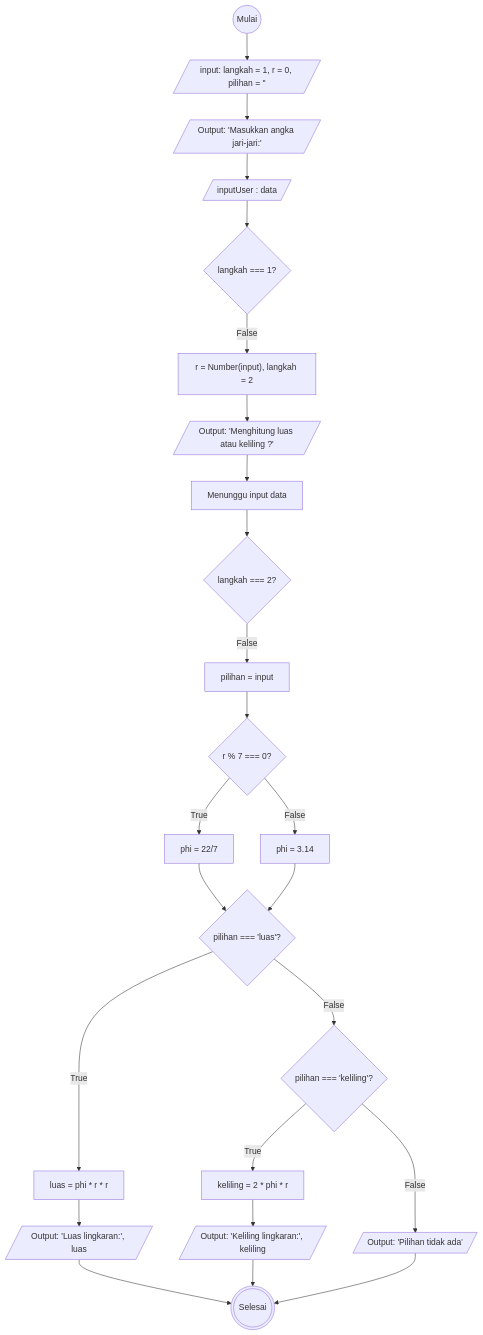
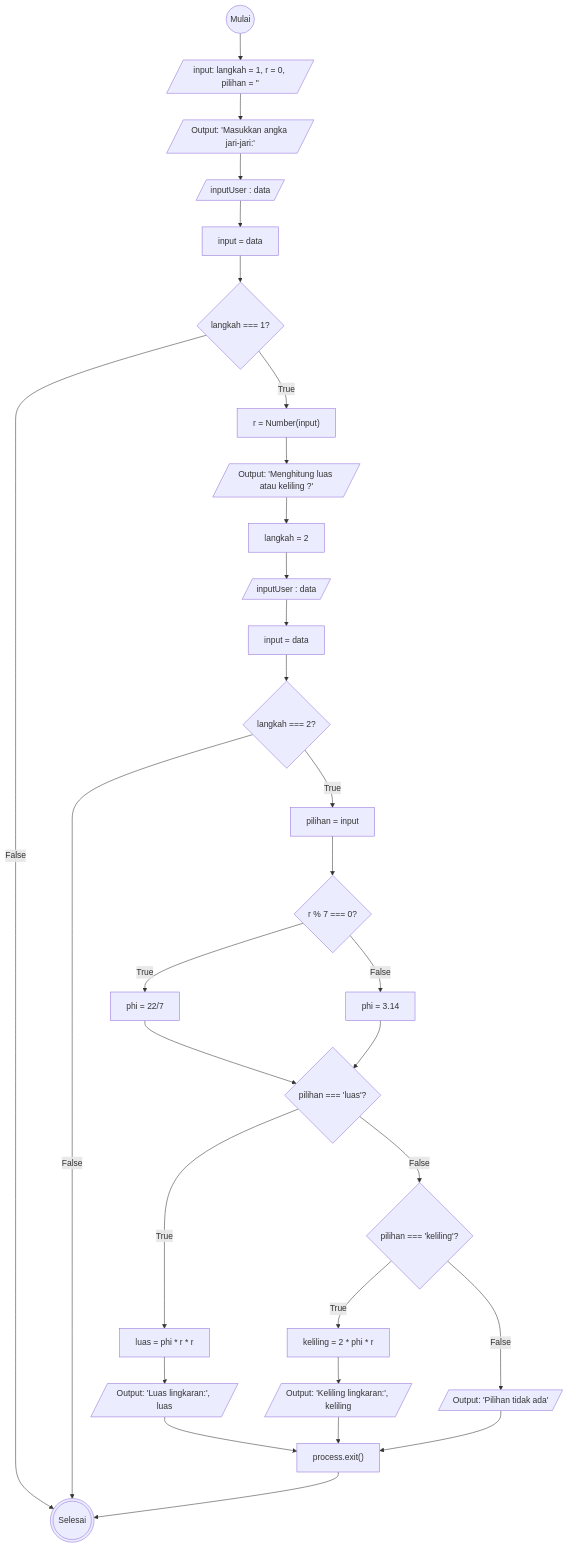
Before and after one commit to adityabastyas/koda-b6-homework2: the diagram in hitung-luas-dan-keliling-lingkaran.md, drawn with Mermaid.

Commit message:
Refactor flowchart for circle area and perimeter

````diff
--- a/hitung-luas-dan-keliling-lingkaran.md
+++ b/hitung-luas-dan-keliling-lingkaran.md
@@ -1,50 +1,58 @@
 ```mermaid
 flowchart TD
   Start@{shape: circle, label: "Mulai"}
   Init@{shape: lean-r, label: "input: langkah = 1, r = 0, pilihan = ''"}
   Output1@{shape: lean-r, label: "Output: 'Masukkan angka jari-jari:'"}
-  WaitInput1@{shape: lean-r, label: " inputUser : data"}
+  WaitInput1@{shape: lean-r, label: "inputUser : data"}
+  letInput@{shape: rect, label: "input = data"}
   CekLangkah1@{shape: diamond, label: "langkah === 1?"}
-  Proses1@{shape: rect, label: "r = Number(input), langkah = 2"}
+  Proses1@{shape: rect, label: "r = Number(input)"}
   Output2@{shape: lean-r, label: "Output: 'Menghitung luas atau keliling ?'"}
-  WaitInput2@{shape: rect, label: "Menunggu input data"}
+  SetLangkah@{shape: rect, label: "langkah = 2"}
+  WaitInput2@{shape: lean-r, label: "inputUser : data"}
+  letInput2@{shape: rect, label: "input = data"}
   CekLangkah2@{shape: diamond, label: "langkah === 2?"}
   Proses2@{shape: rect, label: "pilihan = input"}
   CekMod@{shape: diamond, label: "r % 7 === 0?"}
   SetPhi1@{shape: rect, label: "phi = 22/7"}
   SetPhi2@{shape: rect, label: "phi = 3.14"}
   CekPilihan@{shape: diamond, label: "pilihan === 'luas'?"}
   HitungLuas@{shape: rect, label: "luas = phi * r * r"}
   OutputLuas@{shape: lean-r, label: "Output: 'Luas lingkaran:', luas"}
   CekKeliling@{shape: diamond, label: "pilihan === 'keliling'?"}
   HitungKeliling@{shape: rect, label: "keliling = 2 * phi * r"}
   OutputKeliling@{shape: lean-r, label: "Output: 'Keliling lingkaran:', keliling"}
   OutputError@{shape: lean-r, label: "Output: 'Pilihan tidak ada'"}
-
+  Exit@{shape: rect, label: "process.exit()"}
   End@{shape: dbl-circ, label: "Selesai"}
 
   Start --> Init
   Init --> Output1
   Output1 --> WaitInput1
-  WaitInput1 --> CekLangkah1
-  CekLangkah1 --False--> Proses1
+  WaitInput1 --> letInput
+  letInput --> CekLangkah1
+  CekLangkah1 --True--> Proses1
+  CekLangkah1 --False--> End
   Proses1 --> Output2
-  Output2 --> WaitInput2
-  WaitInput2 --> CekLangkah2
-  CekLangkah2 --False--> Proses2
+  Output2 --> SetLangkah
+  SetLangkah --> WaitInput2
+  WaitInput2 --> letInput2
+  letInput2 --> CekLangkah2
+  CekLangkah2 --True--> Proses2
+  CekLangkah2 --False--> End
   Proses2 --> CekMod
   CekMod --True--> SetPhi1
   CekMod --False--> SetPhi2
   SetPhi1 --> CekPilihan
   SetPhi2 --> CekPilihan
   CekPilihan --True--> HitungLuas
   HitungLuas --> OutputLuas
-  OutputLuas --> End
+  OutputLuas --> Exit
   CekPilihan --False--> CekKeliling
   CekKeliling --True--> HitungKeliling
   HitungKeliling --> OutputKeliling
-  OutputKeliling --> End
+  OutputKeliling --> Exit
   CekKeliling --False--> OutputError
-  OutputError --> End
-
+  OutputError --> Exit
+  Exit --> End
 ```
````
